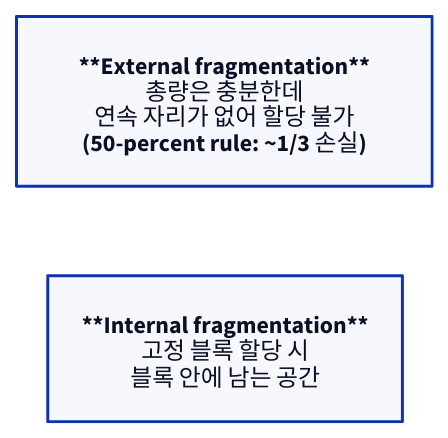
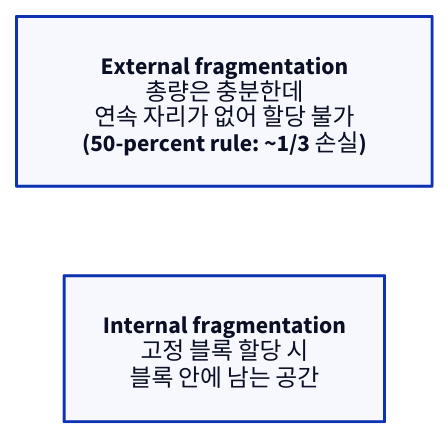
Before and after one commit to humbleowl39/DV_SKOOL: the third of 3 diagrams in starlight_site/src/content/docs/os_for_dv/03_memory_paging_tlb.md, drawn with D2. The commit also changed other lines of this file and 714 other files, not shown here.

First line of the commit message:
fix(site): d2 다이어그램 가독성 결함 6종 일괄 수정

````diff
--- a/starlight_site/src/content/docs/os_for_dv/03_memory_paging_tlb.md
+++ b/starlight_site/src/content/docs/os_for_dv/03_memory_paging_tlb.md
@@ -114,5 +114,5 @@
 ```d2
 direction: right
-EXT: "**External fragmentation**\n총량은 충분한데\n연속 자리가 없어 할당 불가\n(50-percent rule: ~1/3 손실)"
-INT: "**Internal fragmentation**\n고정 블록 할당 시\n블록 안에 남는 공간"
+EXT: "External fragmentation\n총량은 충분한데\n연속 자리가 없어 할당 불가\n(50-percent rule: ~1/3 손실)"
+INT: "Internal fragmentation\n고정 블록 할당 시\n블록 안에 남는 공간"
 ```
````
